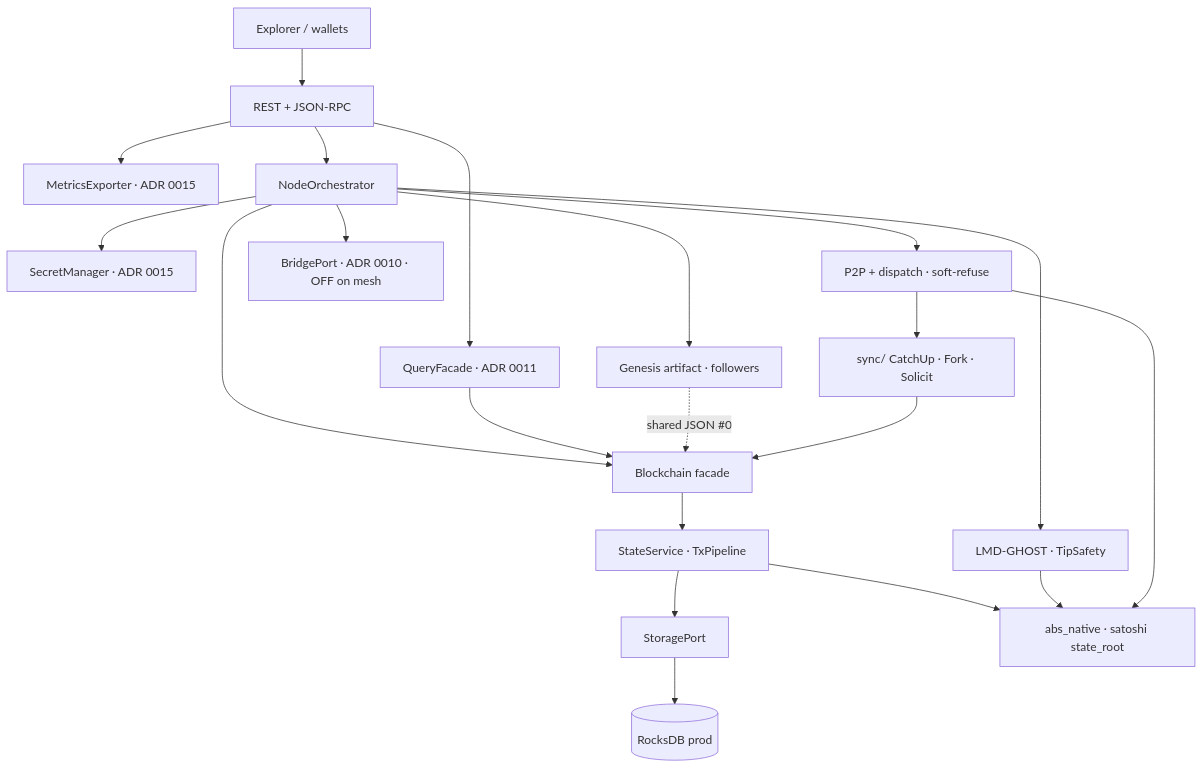
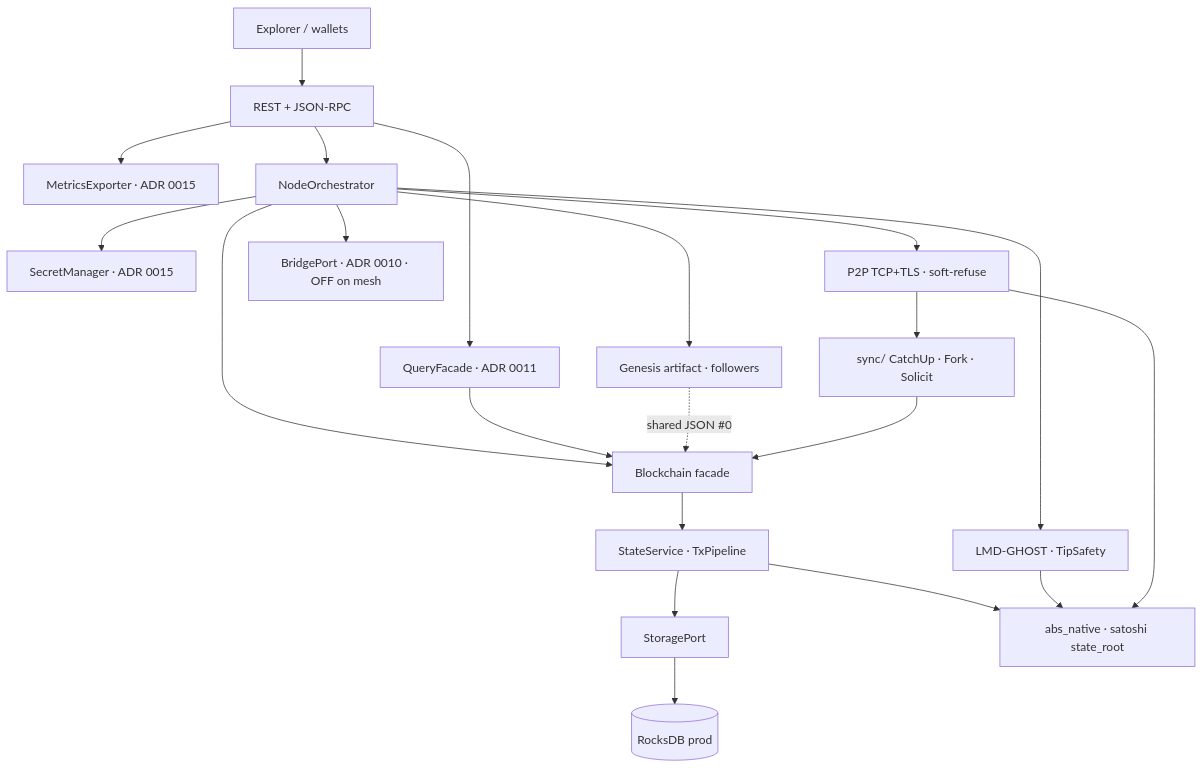
One commit to Gruver87/Absolute_Blockchain_Ultimate_Hybrid changed the diagram in README.md. Above: the diagram before and after it, drawn with Mermaid. The commit also changed other lines of this file and 1 other file, not shown here.

Commit message:
docs(arch): TCP+TLS-only mesh on the pin; libp2p and file secrets refused
Keep the architecture graph honest: industrial transport is TCP+TLS, FEATURE_LIBP2P is Experimental-only, file secret backends stay out of prod.

````diff
--- a/README.md
+++ b/README.md
@@ -72,23 +72,23 @@
 ```mermaid
 flowchart TB
   EX["Explorer / wallets"] --> API["REST + JSON-RPC"]
   API --> QF["QueryFacade · ADR 0011"]
   API --> MET["MetricsExporter · ADR 0015"]
   API --> ORCH["NodeOrchestrator"]
   ORCH --> SM["SecretManager · ADR 0015"]
-  ORCH --> P2P["P2P + dispatch · soft-refuse"]
+  ORCH --> P2P["P2P TCP+TLS · soft-refuse"]
   ORCH --> CONS["LMD-GHOST · TipSafety"]
   ORCH --> BC["Blockchain facade"]
   ORCH --> BR["BridgePort · ADR 0010 · OFF on mesh"]
   ORCH --> GEN["Genesis artifact · followers"]
   QF --> BC
   P2P --> SYNC["sync/ CatchUp · Fork · Solicit"]
   GEN -.->|shared JSON #0| BC
   SYNC --> BC
   BC --> SS["StateService · TxPipeline"]
   SS --> SP["StoragePort"]
   SP --> ROCKS[("RocksDB prod")]
   SS --> RUST["abs_native · satoshi state_root"]
   CONS --> RUST
   P2P --> RUST
 ```
````
